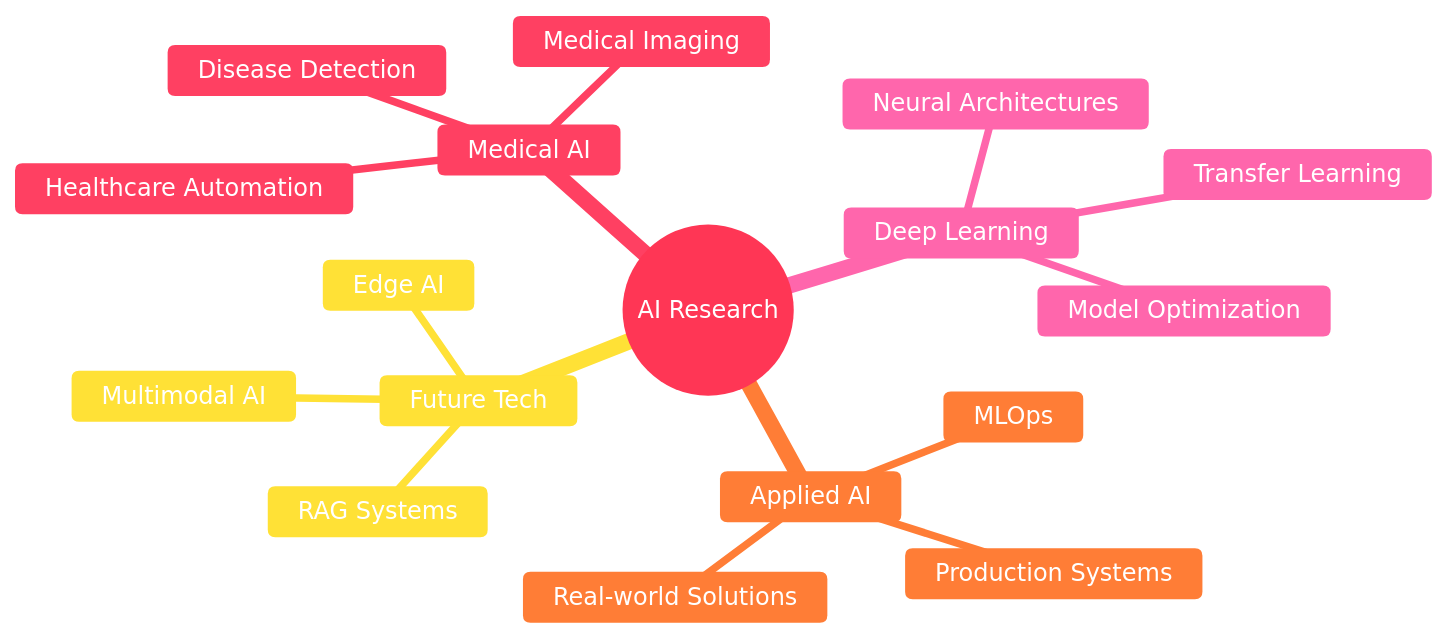
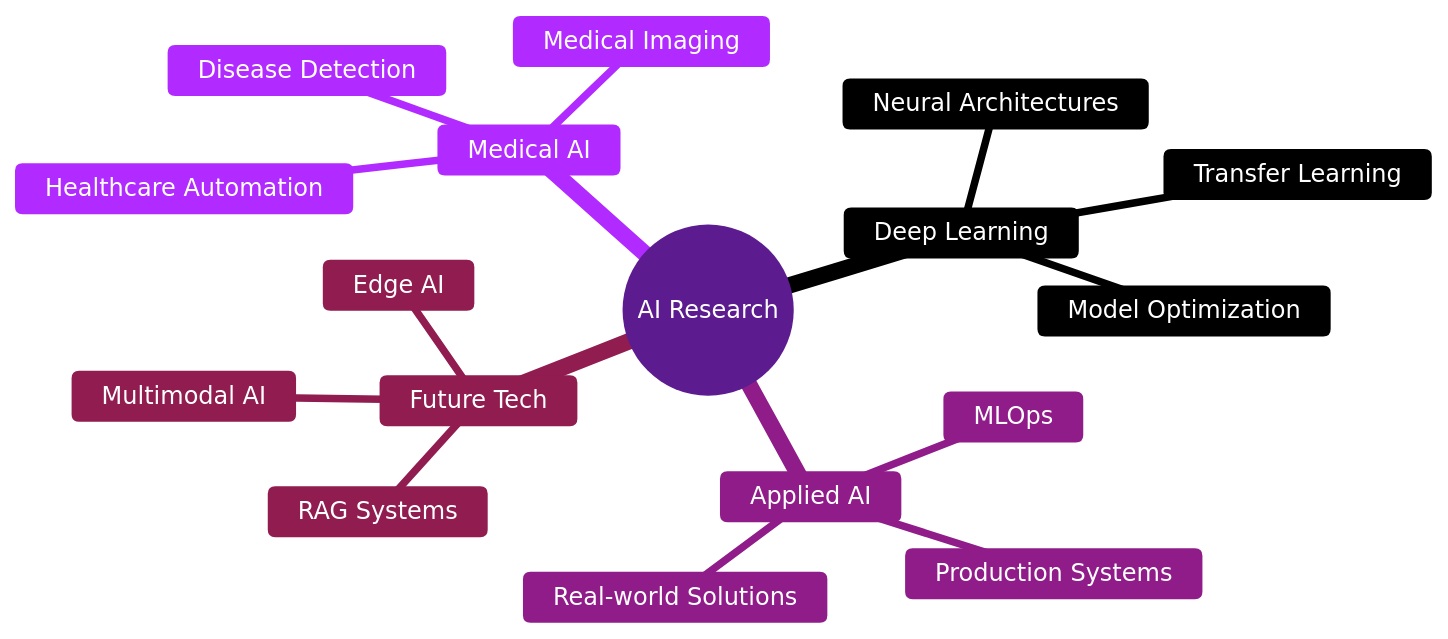
One commit to Ycmmn/Ycmmn changed the diagram in README.md. Above: the diagram before and after it, drawn with Mermaid.

````diff
--- a/README.md
+++ b/README.md
@@ -173,21 +173,21 @@
 ```mermaid
-%%{init: {'theme':'base', 'themeVariables': { 'primaryColor':'#FFB6C1','primaryTextColor':'#fff','primaryBorderColor':'#FF69B4','lineColor':'#FF1493','secondaryColor':'#FFC0CB','tertiaryColor':'#FFE5F1','background':'#1a1a1a','mainBkg':'#FFB6C1','secondBkg':'#FFC0CB','tertiaryBkg':'#FFE5F1','nodeBorder':'#FF69B4','clusterBkg':'#FFE5F1','clusterBorder':'#FF69B4','titleColor':'#FF1493','edgeLabelBackground':'#FFE5F1','nodeTextColor':'#ffffff'}}}%%
+%%{init: {'theme':'base', 'themeVariables': { 'primaryColor':'#9D4EDD','primaryTextColor':'#ffffff','primaryBorderColor':'#7B2CBF','lineColor':'#C77DFF','secondaryColor':'#E0AAFF','secondaryTextColor':'#000000','secondaryBorderColor':'#C77DFF','tertiaryColor':'#10002B','tertiaryTextColor':'#ffffff','tertiaryBorderColor':'#5A189A','background':'#0d1117','mainBkg':'#E0AAFF','secondBkg':'#C77DFF','tertiaryBkg':'#9D4EDD','nodeBorder':'#7B2CBF','clusterBkg':'#10002B','clusterBorder':'#5A189A','titleColor':'#E0AAFF','edgeLabelBackground':'#10002B','nodeTextColor':'#000000'}}}%%
 mindmap
   root((AI Research))
     Medical AI
       Disease Detection
       Medical Imaging
       Healthcare Automation
     Deep Learning
       Neural Architectures
       Transfer Learning
       Model Optimization
     Applied AI
       Production Systems
       MLOps
       Real-world Solutions
     Future Tech
       RAG Systems
       Multimodal AI
       Edge AI
 ```
````
